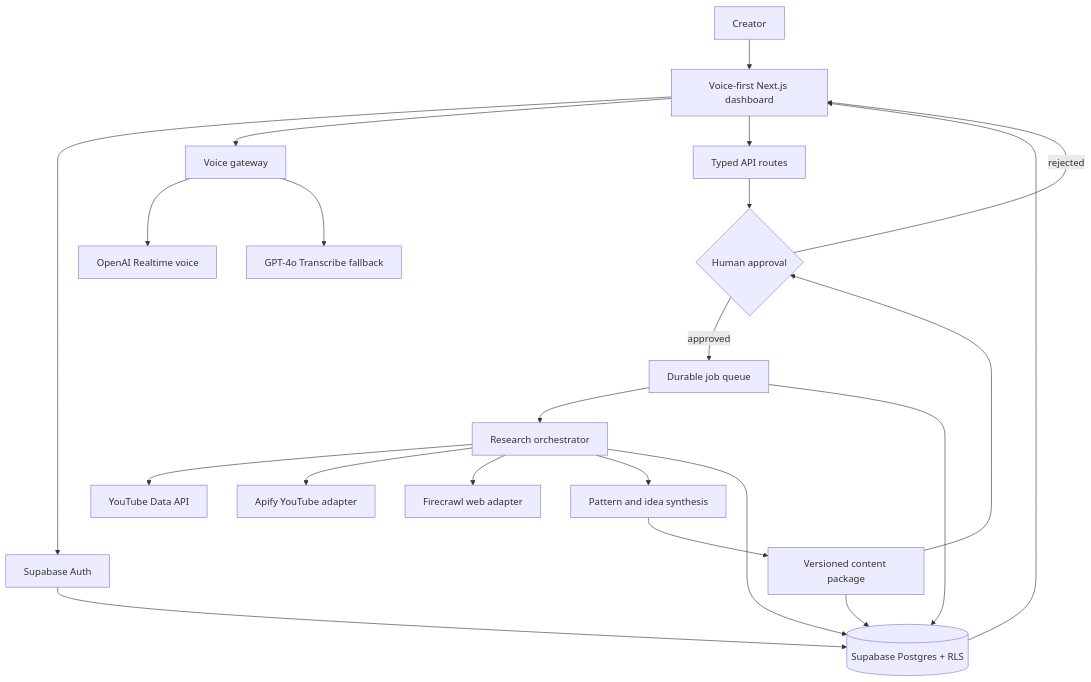
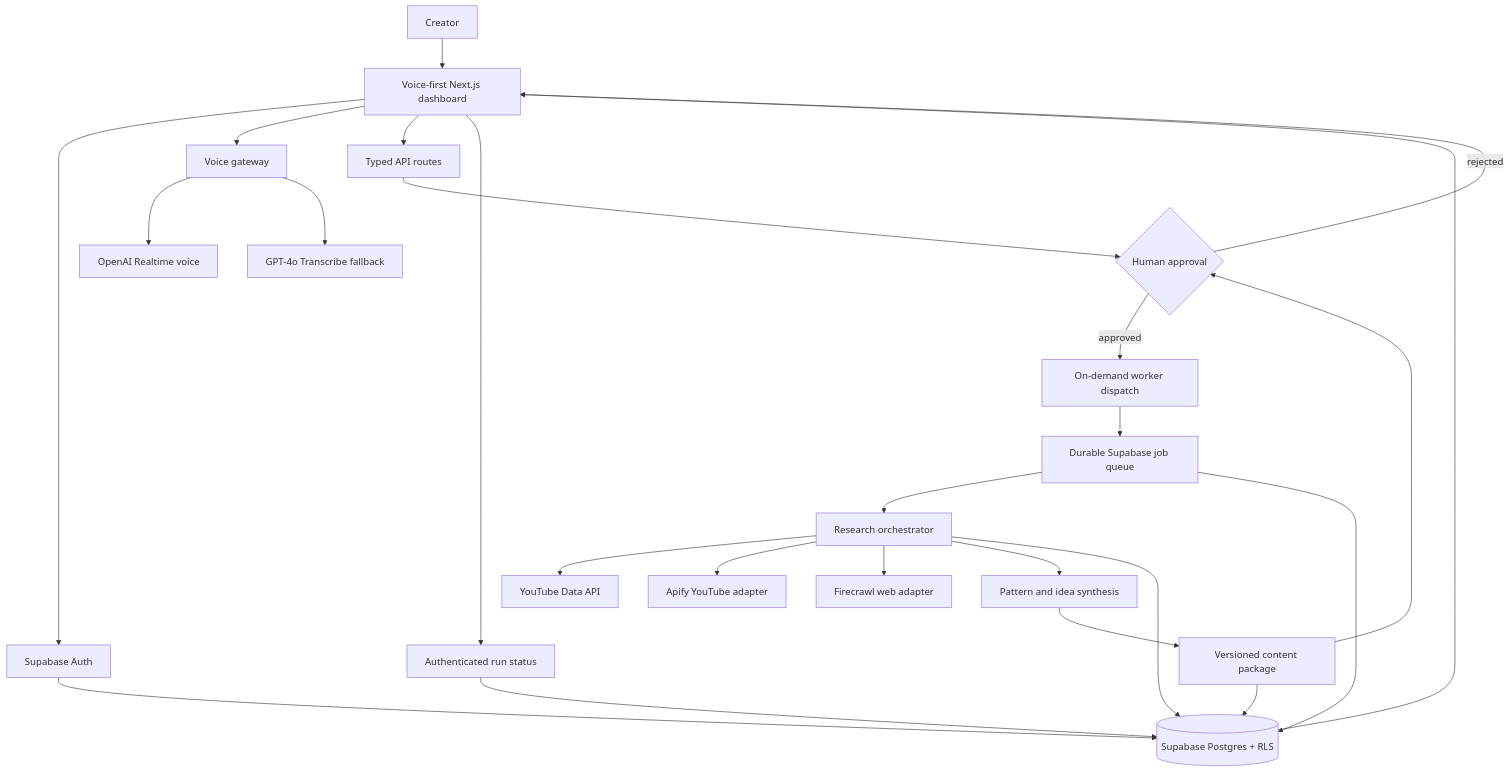
The first of 7 diagrams in README.md (satishgorantla1-sg7/youtube-growth-stack), drawn with Mermaid before and after one commit. The commit also changed other lines of this file and 21 other files, not shown here.

Commit message:
feat: run approved research and surface evidence (#12)

````diff
--- a/README.md
+++ b/README.md
@@ -13,24 +13,27 @@
 ```mermaid
 flowchart TB
   U[Creator] --> UI[Voice-first Next.js dashboard]
   UI --> AUTH[Supabase Auth]
   UI --> VOICE[Voice gateway]
   UI --> API[Typed API routes]
   VOICE --> RT[OpenAI Realtime voice]
   VOICE --> STT[GPT-4o Transcribe fallback]
   API --> APPROVAL{Human approval}
-  APPROVAL -->|approved| JOBS[Durable job queue]
+  APPROVAL -->|approved| DISPATCH[On-demand worker dispatch]
   APPROVAL -->|rejected| UI
+  DISPATCH --> JOBS[Durable Supabase job queue]
+  UI --> STATUS[Authenticated run status]
+  STATUS --> DB
   JOBS --> ORCH[Research orchestrator]
   ORCH --> YT[YouTube Data API]
   ORCH --> APIFY[Apify YouTube adapter]
   ORCH --> FIRE[Firecrawl web adapter]
   ORCH --> SYNTH[Pattern and idea synthesis]
   SYNTH --> PACKAGE[Versioned content package]
   PACKAGE --> APPROVAL
   AUTH --> DB[(Supabase Postgres + RLS)]
   JOBS --> DB
   ORCH --> DB
   PACKAGE --> DB
   DB --> UI
 ```
````
